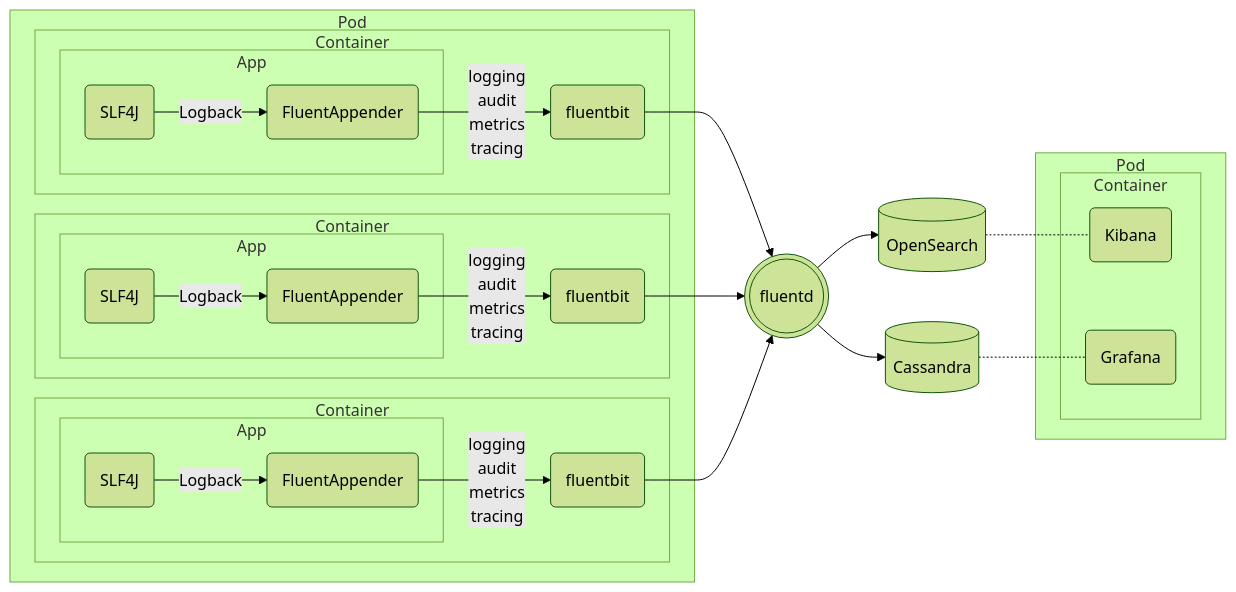
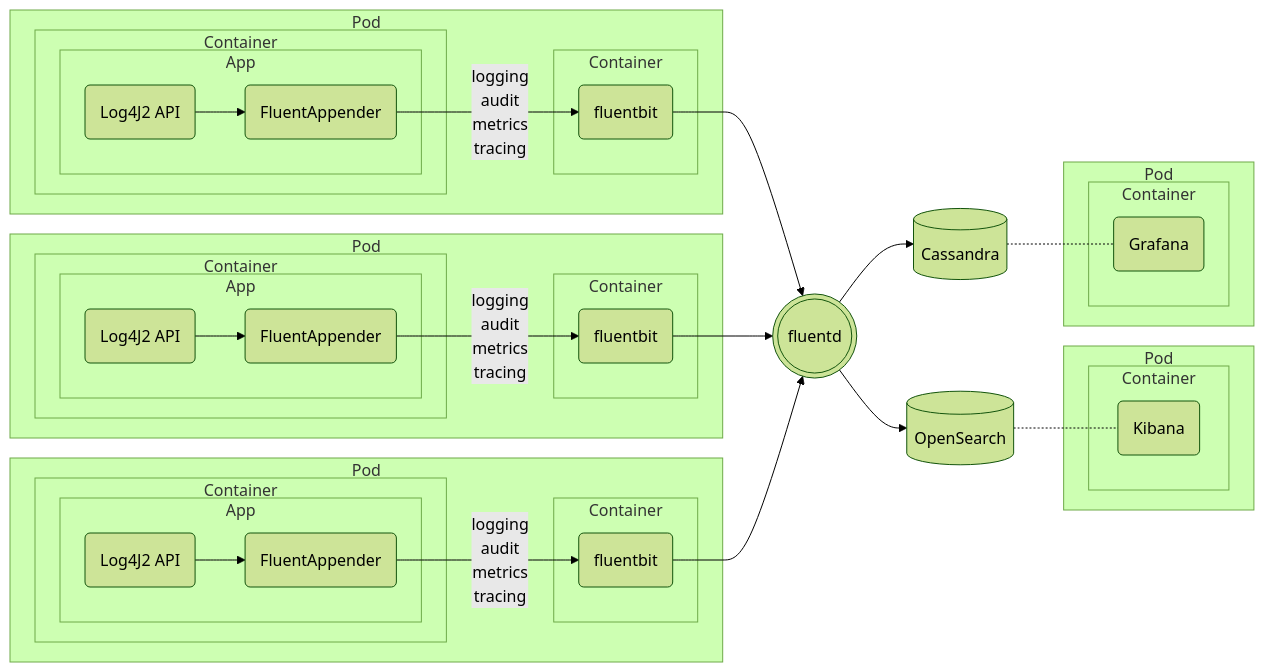
Before and after one commit to t-ibm/didymus: the diagram in app/src/doc/templates/elkStackFluent.mmd, drawn with Mermaid (forest theme). The commit also changed 1 other file, not shown here.

```diff
--- a/app/src/doc/templates/elkStackFluent.mmd
+++ b/app/src/doc/templates/elkStackFluent.mmd
@@ -1,34 +1,48 @@
 flowchart LR
   subgraph P1[Pod]
-    subgraph C1[Container]
+    subgraph C11[Container]
       subgraph B1[App]
-        I1(SLF4J) --> |Logback| A1(FluentAppender)
+        I1(Log4J2 API) --> A1(FluentAppender)
       end
+    end
+    subgraph C12[Container]
       A1 --> |logging<br/>audit<br/>metrics<br/>tracing| F1(fluentbit)
     end
-    subgraph C2[Container]
+  end
+  subgraph P2[Pod]
+    subgraph C21[Container]
       subgraph B2[App]
-        I2(SLF4J) --> |Logback| A2(FluentAppender)
+        I2(Log4J2 API) --> A2(FluentAppender)
       end
+    end
+    subgraph C22[Container]
       A2 --> |logging<br/>audit<br/>metrics<br/>tracing| F2(fluentbit)
     end
-    subgraph C3[Container]
+  end
+  subgraph P3[Pod]
+    subgraph C31[Container]
       subgraph B3[App]
-        I3(SLF4J) --> |Logback| A3(FluentAppender)
+        I3(Log4J2 API) --> A3(FluentAppender)
       end
+    end
+    subgraph C32[Container]
       A3 --> |logging<br/>audit<br/>metrics<br/>tracing| F3(fluentbit)
     end
   end
   F1 --> L(((fluentd)))
   F2 --> L
   F3 --> L
   L --> E1[(OpenSearch)]
   L --> E2[(Cassandra)]
-  subgraph P3[Pod]
+  subgraph P4[Pod]
     subgraph C4[Container]
-      K1(Kibana)
-      K2(Grafana)
+      K4(Kibana)
     end
   end
-  E1 -.- K1
-  E2 -.- K2
+  subgraph P5[Pod]
+    subgraph C5[Container]
+      K5(Grafana)
+    end
+  end
+  E1 -.- K4
+  E2 -.- K5
```
